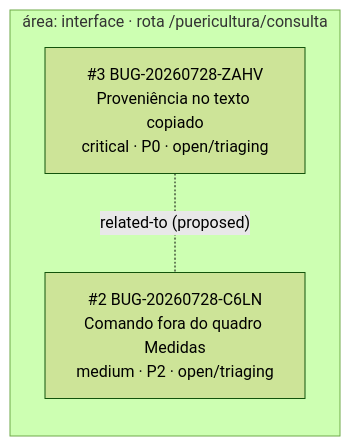
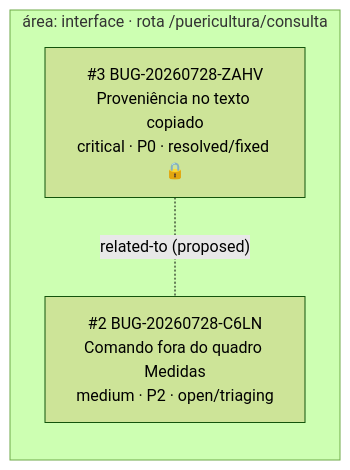
One commit to iago-leal/aps-inteligente changed the diagram in _reversa_bugs/consulta-puericultura/generated/graph.md. Above: the diagram before and after it, drawn with Mermaid (forest theme). The commit also changed other lines of this file and 20 other files, not shown here.

First line of the commit message:
fix(puericultura): a proveniência sai do texto copiado (BUG-20260728-ZAHV)

````diff
--- a/_reversa_bugs/consulta-puericultura/generated/graph.md
+++ b/_reversa_bugs/consulta-puericultura/generated/graph.md
@@ -5,8 +5,8 @@
 ```mermaid
 graph LR
     subgraph interface["área: interface · rota /puericultura/consulta"]
-        ZAHV["#3 BUG-20260728-ZAHV<br/>Proveniência no texto copiado<br/>critical · P0 · open/triaging"]
+        ZAHV["#3 BUG-20260728-ZAHV<br/>Proveniência no texto copiado<br/>critical · P0 · resolved/fixed 🔒"]
         C6LN["#2 BUG-20260728-C6LN<br/>Comando fora do quadro Medidas<br/>medium · P2 · open/triaging"]
     end
     ZAHV -. "related-to (proposed)" .- C6LN
 ```
````
